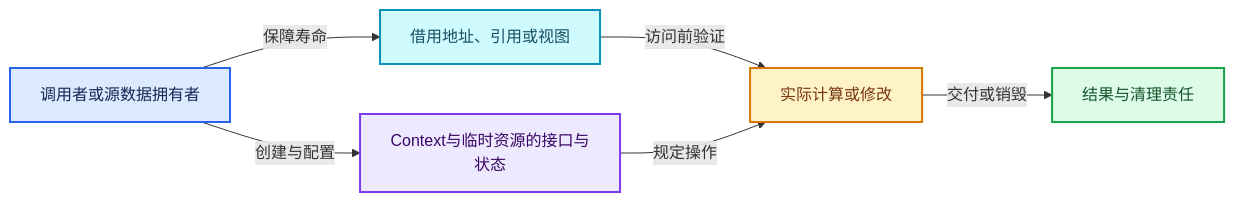
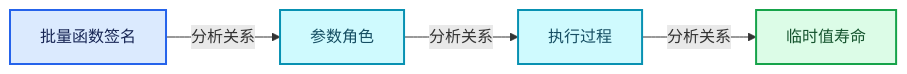
The third of 4 diagrams in 杂/markdown/全面学习-codex/07-MultiFunction与批量执行/05-Context与临时资源.md (yunkezengren/blender-.vscode), drawn with Mermaid before and after one commit. The commit also changed other lines of this file and 1930 other files, not shown here.

````diff
--- a/杂/markdown/全面学习-codex/07-MultiFunction与批量执行/05-Context与临时资源.md
+++ b/杂/markdown/全面学习-codex/07-MultiFunction与批量执行/05-Context与临时资源.md
@@ -240,19 +59,16 @@
 ```mermaid
 flowchart LR
-  O["调用者或源数据拥有者"]:::input
-  V["Context与临时资源的接口与状态"]:::abstraction
-  B["借用地址、引用或视图"]:::data
-  W["实际计算或修改"]:::compute
-  R["结果与清理责任"]:::result
-  O -->|"创建与配置"| V
-  O -->|"保障寿命"| B
-  B -->|"访问前验证"| W
-  V -->|"规定操作"| W
-  W -->|"交付或销毁"| R
+  P0["批量函数签名"]:::input
+  P1["参数角色"]:::data
+  P2["执行过程"]:::data
+  P3["临时值寿命"]:::result
+  P0 -->|"分析关系"| P1
+  P1 -->|"分析关系"| P2
+  P2 -->|"分析关系"| P3
   classDef input fill:#DBEAFE,stroke:#2563EB,color:#172554,stroke-width:2px;
   classDef data fill:#CFFAFE,stroke:#0891B2,color:#164E63,stroke-width:2px;
   classDef abstraction fill:#EDE9FE,stroke:#7C3AED,color:#3B0764,stroke-width:2px;
   classDef compute fill:#FEF3C7,stroke:#D97706,color:#78350F,stroke-width:2px;
   classDef result fill:#DCFCE7,stroke:#16A34A,color:#14532D,stroke-width:2px;
   classDef error fill:#FEE2E2,stroke:#DC2626,color:#7F1D1D,stroke-width:2px;
 ```
````
